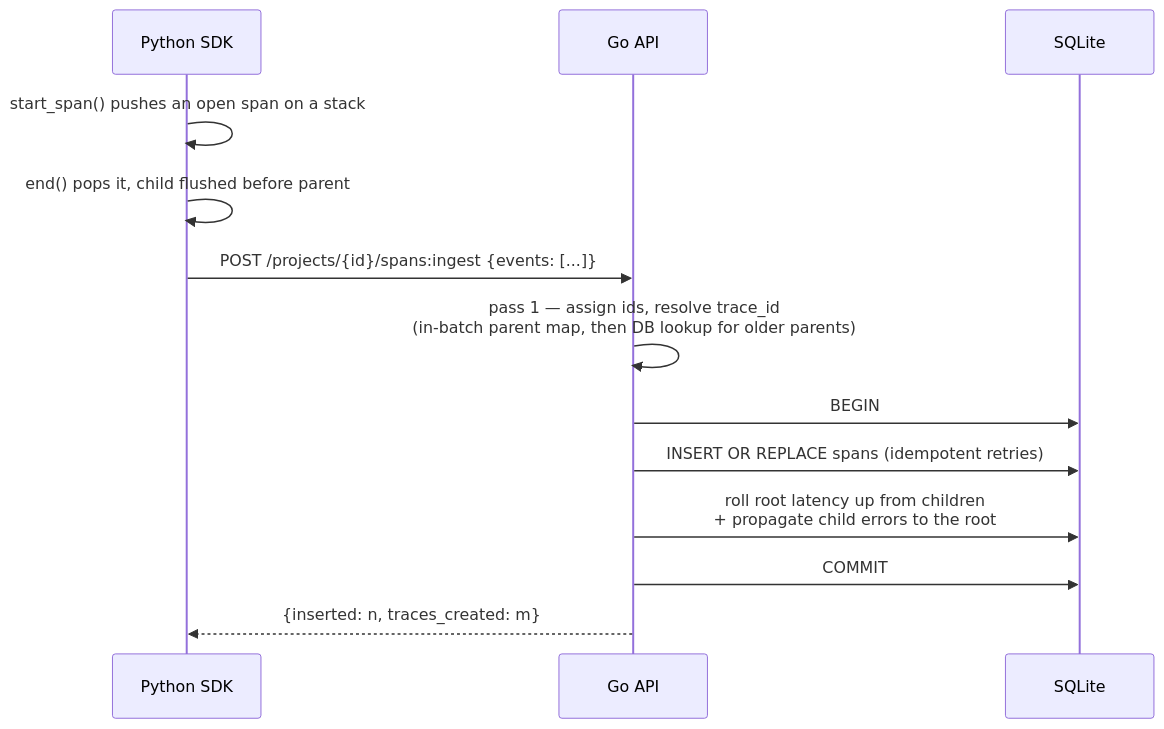
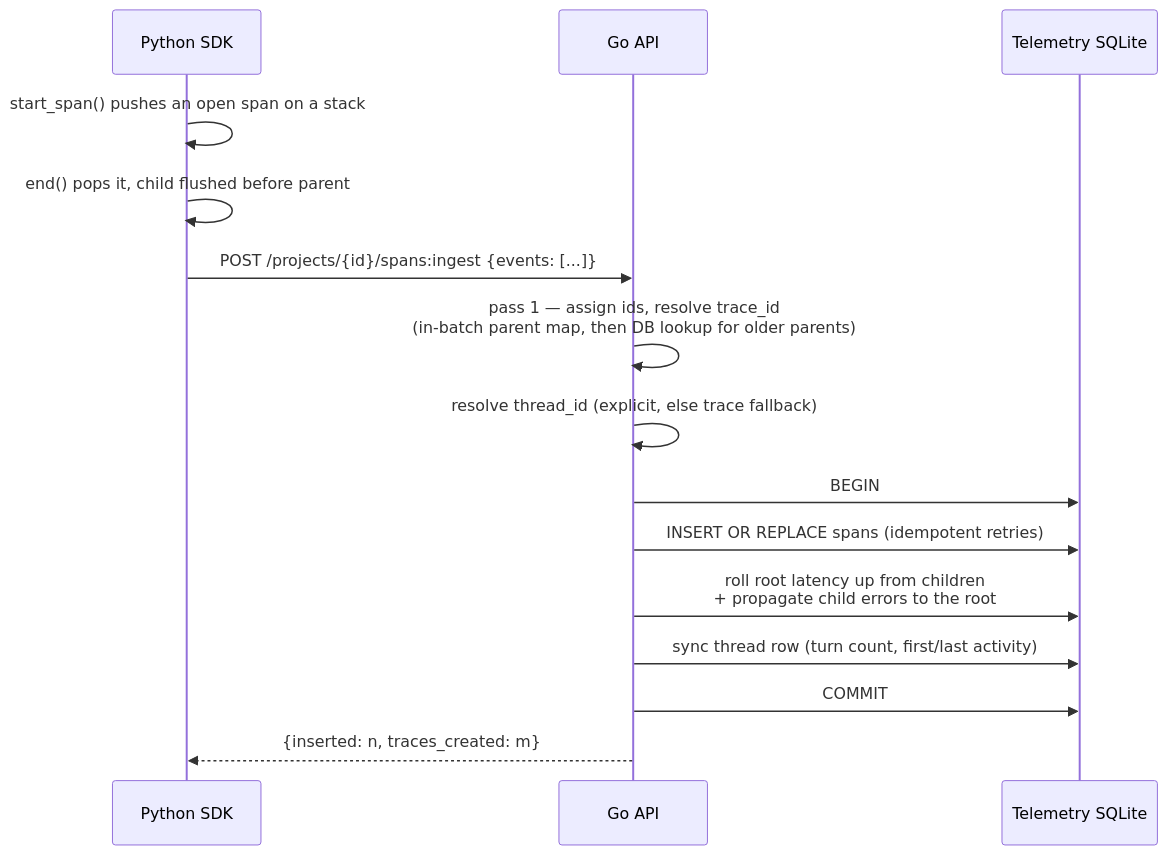
One commit to archief2910/EvalForger changed the second of 4 diagrams in ai-eval-platform/docs/ARCHITECTURE.md. Above: the diagram before and after it, drawn with Mermaid. The commit also changed other lines of this file and 41 other files, not shown here.

````diff
--- a/ai-eval-platform/docs/ARCHITECTURE.md
+++ b/ai-eval-platform/docs/ARCHITECTURE.md
@@ -63,16 +68,18 @@
 ```mermaid
 sequenceDiagram
   participant SDK as Python SDK
   participant API as Go API
-  participant DB as SQLite
+  participant DB as Telemetry SQLite
 
   SDK->>SDK: start_span() pushes an open span on a stack
   SDK->>SDK: end() pops it, child flushed before parent
   SDK->>API: POST /projects/{id}/spans:ingest {events: [...]}
   API->>API: pass 1 — assign ids, resolve trace_id<br/>(in-batch parent map, then DB lookup for older parents)
+  API->>API: resolve thread_id (explicit, else trace fallback)
   API->>DB: BEGIN
   API->>DB: INSERT OR REPLACE spans (idempotent retries)
   API->>DB: roll root latency up from children<br/>+ propagate child errors to the root
+  API->>DB: sync thread row (turn count, first/last activity)
   API->>DB: COMMIT
   API-->>SDK: {inserted: n, traces_created: m}
 ```
````
